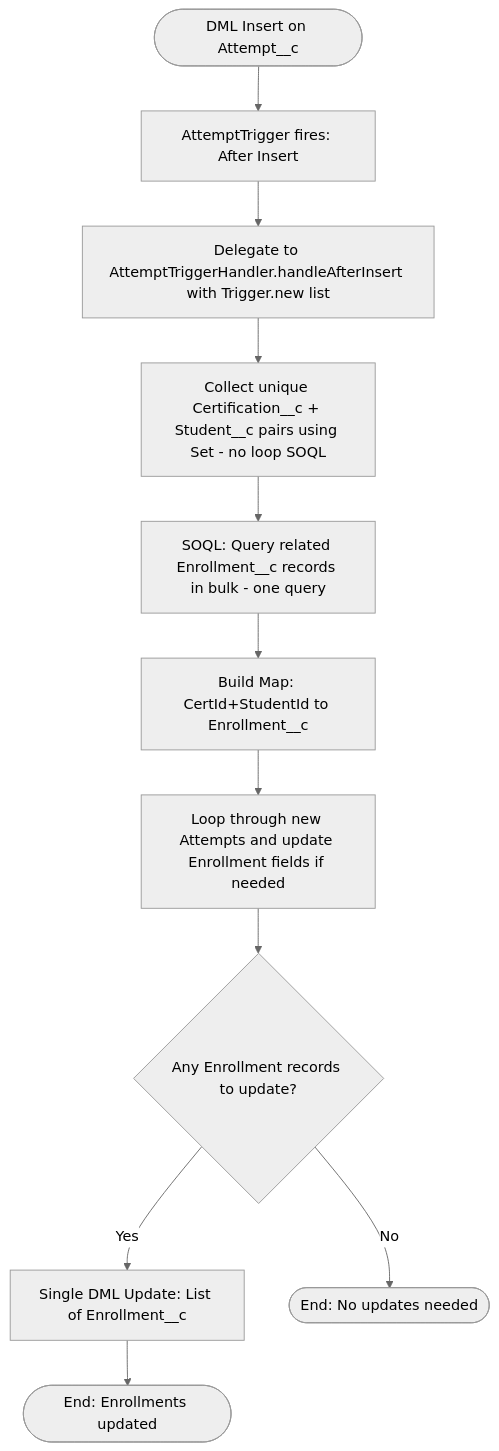
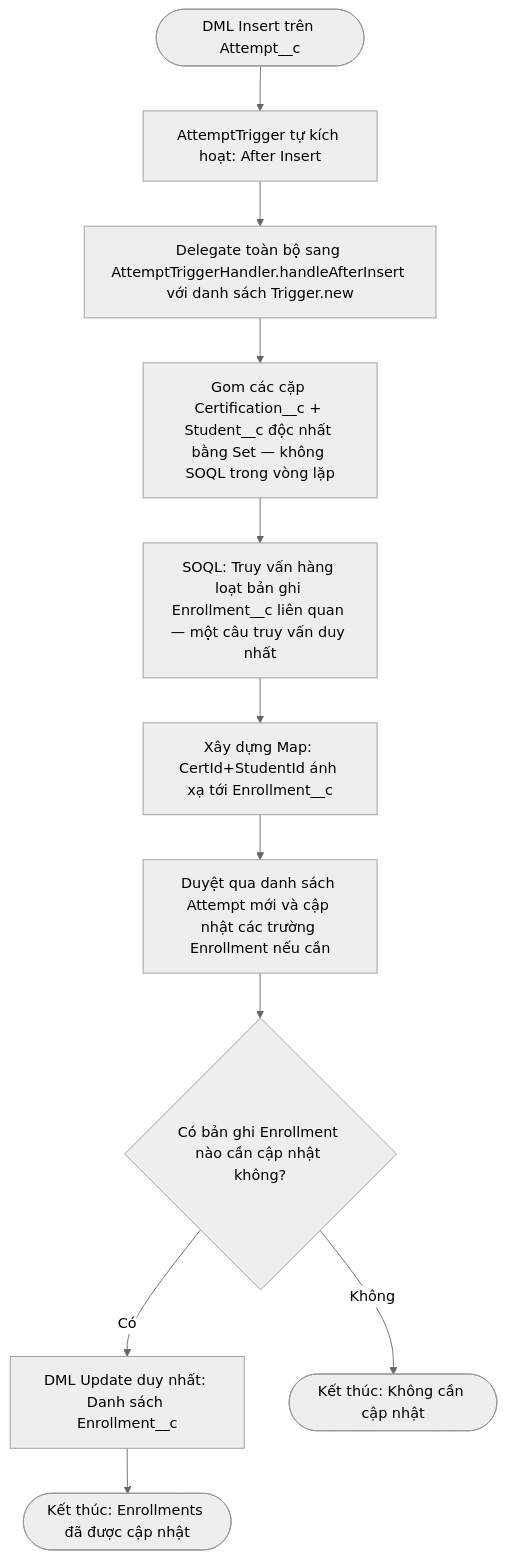
Before and after one commit to LaPhuocLoc/Salesforce-Project: the eighth of 8 diagrams in Flow.md, drawn with Mermaid (neutral theme). The commit also changed other lines of this file, not shown here.

Commit message:
Translate Business Process Flows to Vietnamese

````diff
--- a/Flow.md
+++ b/Flow.md
@@ -184,13 +184,13 @@
 ```mermaid
 flowchart TD
-    A([DML Insert on Attempt__c]) --> B[AttemptTrigger fires: After Insert]
-    B --> C[Delegate to AttemptTriggerHandler.handleAfterInsert with Trigger.new list]
-    C --> D[Collect unique Certification__c + Student__c pairs using Set - no loop SOQL]
-    D --> E[SOQL: Query related Enrollment__c records in bulk - one query]
-    E --> F[Build Map: CertId+StudentId to Enrollment__c]
-    F --> G[Loop through new Attempts and update Enrollment fields if needed]
-    G --> H{Any Enrollment records to update?}
-    H -- Yes --> I[Single DML Update: List of Enrollment__c]
-    H -- No --> J([End: No updates needed])
-    I --> K([End: Enrollments updated])
+    A([DML Insert trên Attempt__c]) --> B[AttemptTrigger tự kích hoạt: After Insert]
+    B --> C[Delegate toàn bộ sang AttemptTriggerHandler.handleAfterInsert với danh sách Trigger.new]
+    C --> D[Gom các cặp Certification__c + Student__c độc nhất bằng Set — không SOQL trong vòng lặp]
+    D --> E[SOQL: Truy vấn hàng loạt bản ghi Enrollment__c liên quan — một câu truy vấn duy nhất]
+    E --> F[Xây dựng Map: CertId+StudentId ánh xạ tới Enrollment__c]
+    F --> G[Duyệt qua danh sách Attempt mới và cập nhật các trường Enrollment nếu cần]
+    G --> H{Có bản ghi Enrollment nào cần cập nhật không?}
+    H -- Có --> I[DML Update duy nhất: Danh sách Enrollment__c]
+    H -- Không --> J([Kết thúc: Không cần cập nhật])
+    I --> K([Kết thúc: Enrollments đã được cập nhật])
 ```
````
